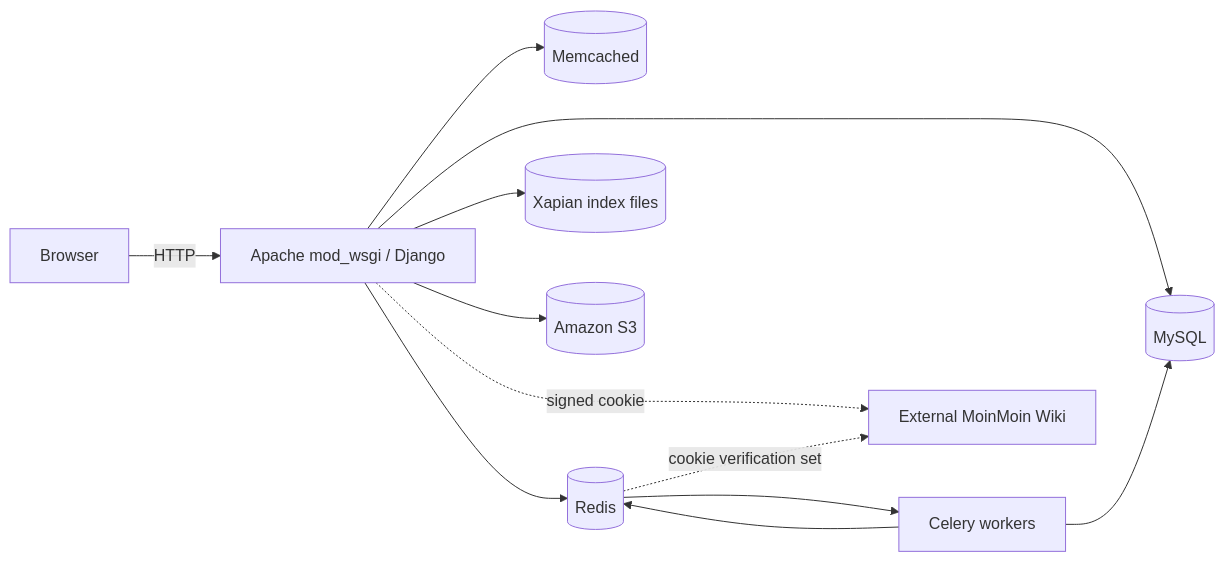
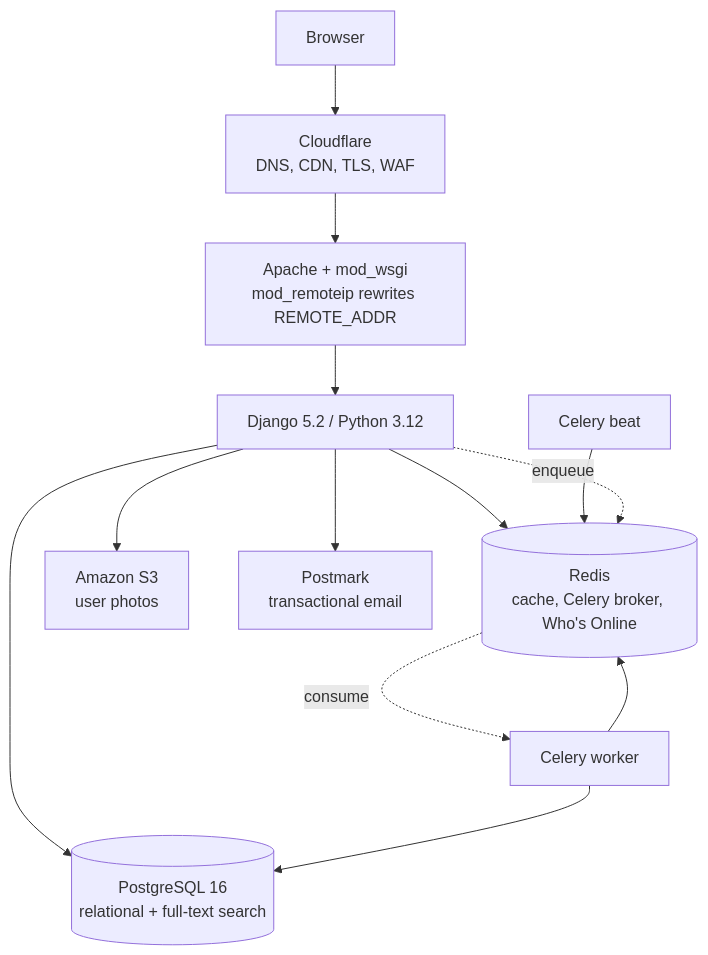
One commit to gremmie/sg101 changed the first of 4 diagrams in .agents/summary/architecture.md. Above: the diagram before and after it, drawn with Mermaid. The commit also changed other lines of this file and 9 other files, not shown here.

````diff
--- a/.agents/summary/architecture.md
+++ b/.agents/summary/architecture.md
@@ -11,14 +7,15 @@
 ```mermaid
-graph LR
-    Browser -->|HTTP| WSGI[Apache mod_wsgi / Django]
-    WSGI --> MySQL[(MySQL)]
-    WSGI --> Memcached[(Memcached)]
-    WSGI --> Redis[(Redis)]
-    WSGI --> Xapian[(Xapian index files)]
-    WSGI --> S3[(Amazon S3)]
-    Redis --> Celery[Celery workers]
-    Celery --> MySQL
-    Celery --> Redis
-    WSGI -.signed cookie.-> MoinMoin[External MoinMoin Wiki]
-    Redis -.cookie verification set.-> MoinMoin
+graph TB
+    B[Browser] --> CF[Cloudflare<br/>DNS, CDN, TLS, WAF]
+    CF --> AP[Apache + mod_wsgi<br/>mod_remoteip rewrites REMOTE_ADDR]
+    AP --> DJ[Django 5.2 / Python 3.12]
+    DJ --> PG[(PostgreSQL 16<br/>relational + full-text search)]
+    DJ --> RD[(Redis<br/>cache, Celery broker, Who's Online)]
+    DJ --> S3[Amazon S3<br/>user photos]
+    DJ --> PM[Postmark<br/>transactional email]
+    CE[Celery worker] --> PG
+    CE --> RD
+    BT[Celery beat] --> RD
+    DJ -. enqueue .-> RD
+    RD -. consume .-> CE
 ```
````
